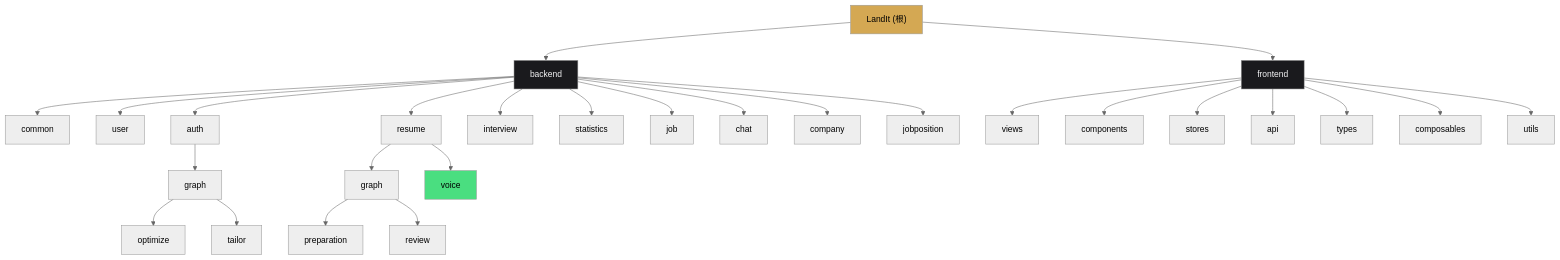
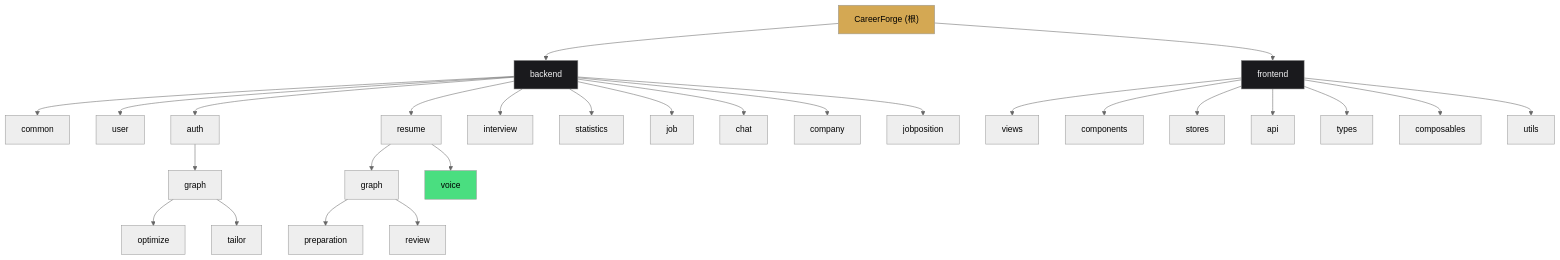
The diagram in CLAUDE.md (AzirZsk/CareerForge), drawn with Mermaid (neutral theme) before and after one commit. The commit also changed other lines of this file and 750 other files, not shown here.

First line of the commit message:
refactor: 项目重命名 LandIt → CareerForge，Java 包迁移 com.landit → com.careerforge

````diff
--- a/CLAUDE.md
+++ b/CLAUDE.md
@@ -72,41 +72,41 @@
 ```mermaid
 graph TD
-    A["LandIt (根)"] --> B["backend"]
+    A["CareerForge (根)"] --> B["backend"]
     A --> C["frontend"]
 
     B --> B1["common"]
     B --> B2["user"]
     B --> B3["auth"]
     B --> B4["resume"]
     B --> B5["interview"]
     B --> B6["statistics"]
     B --> B7["job"]
     B --> B8["chat"]
     B --> B9["company"]
     B --> B10["jobposition"]
 
     B3 --> B3a["graph"]
     B3a --> B3a1["optimize"]
     B3a --> B3a2["tailor"]
 
     B4 --> B4a["graph"]
     B4a --> B4a1["preparation"]
     B4a --> B4a2["review"]
     B4 --> B4b["voice"]
 
     C --> C1["views"]
     C --> C2["components"]
     C --> C3["stores"]
     C --> C4["api"]
     C --> C5["types"]
     C --> C6["composables"]
     C --> C7["utils"]
 
     click B "./backend/CLAUDE.md" "查看 backend 模块文档"
     click C "./frontend/CLAUDE.md" "查看 frontend 模块文档"
 
     style A fill:#d4a853,color:#000
     style B fill:#1a1a1d,color:#f4f4f5
     style C fill:#1a1a1d,color:#f4f4f5
     style B4b fill:#4ade80,color:#000
 ```
````
